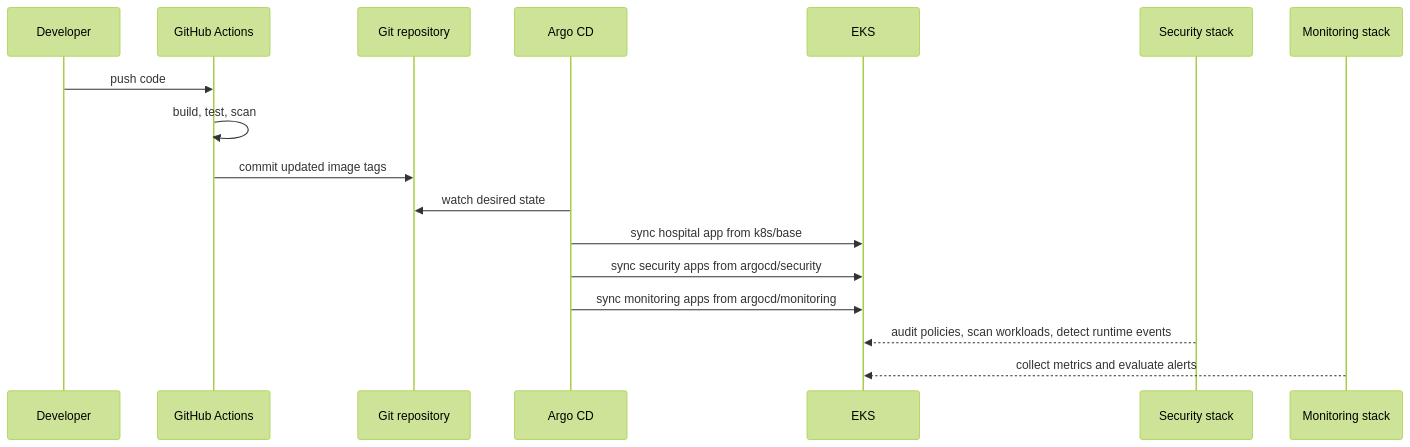
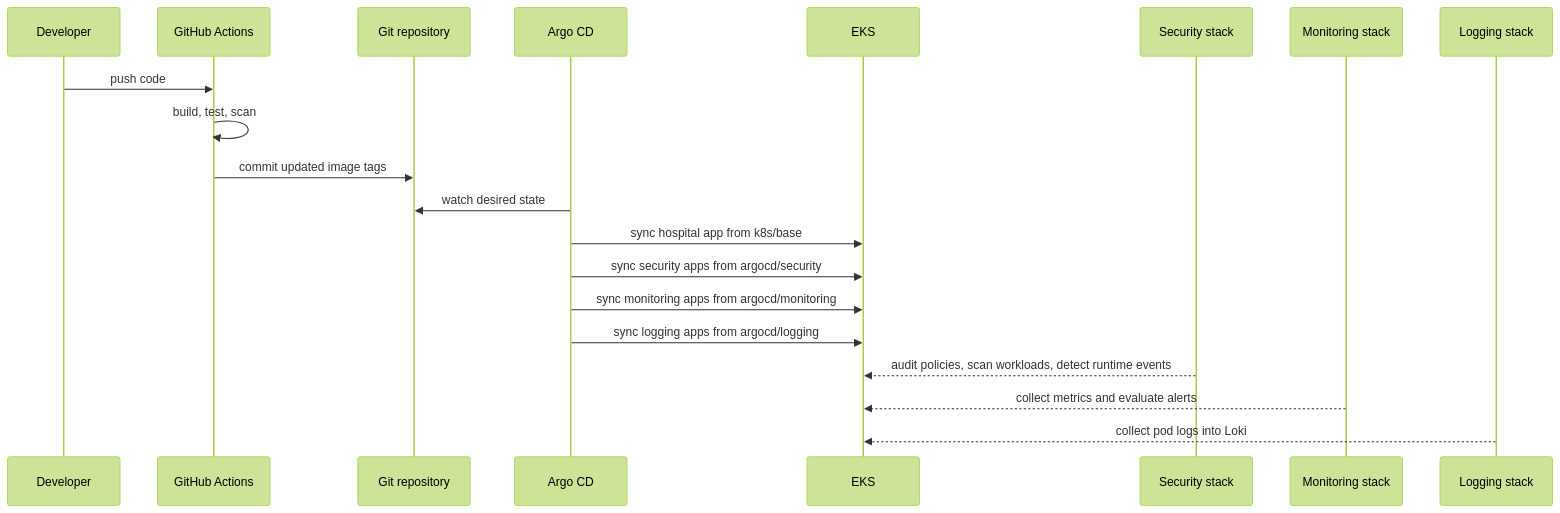
One commit to the-khiem7/eks-cicd-argocd-sec-monitor changed the third of 3 diagrams in README.md. Above: the diagram before and after it, drawn with Mermaid (forest theme). The commit also changed other lines of this file and 12 other files, not shown here.

````diff
--- a/README.md
+++ b/README.md
@@ -276,20 +291,23 @@
 ```mermaid
 sequenceDiagram
   participant Dev as Developer
   participant GH as GitHub Actions
   participant Git as Git repository
   participant Argo as Argo CD
   participant K8s as EKS
   participant Sec as Security stack
   participant Mon as Monitoring stack
+  participant Log as Logging stack
 
   Dev->>GH: push code
   GH->>GH: build, test, scan
   GH->>Git: commit updated image tags
   Argo->>Git: watch desired state
   Argo->>K8s: sync hospital app from k8s/base
   Argo->>K8s: sync security apps from argocd/security
   Argo->>K8s: sync monitoring apps from argocd/monitoring
+  Argo->>K8s: sync logging apps from argocd/logging
   Sec-->>K8s: audit policies, scan workloads, detect runtime events
   Mon-->>K8s: collect metrics and evaluate alerts
+  Log-->>K8s: collect pod logs into Loki
 ```
````
